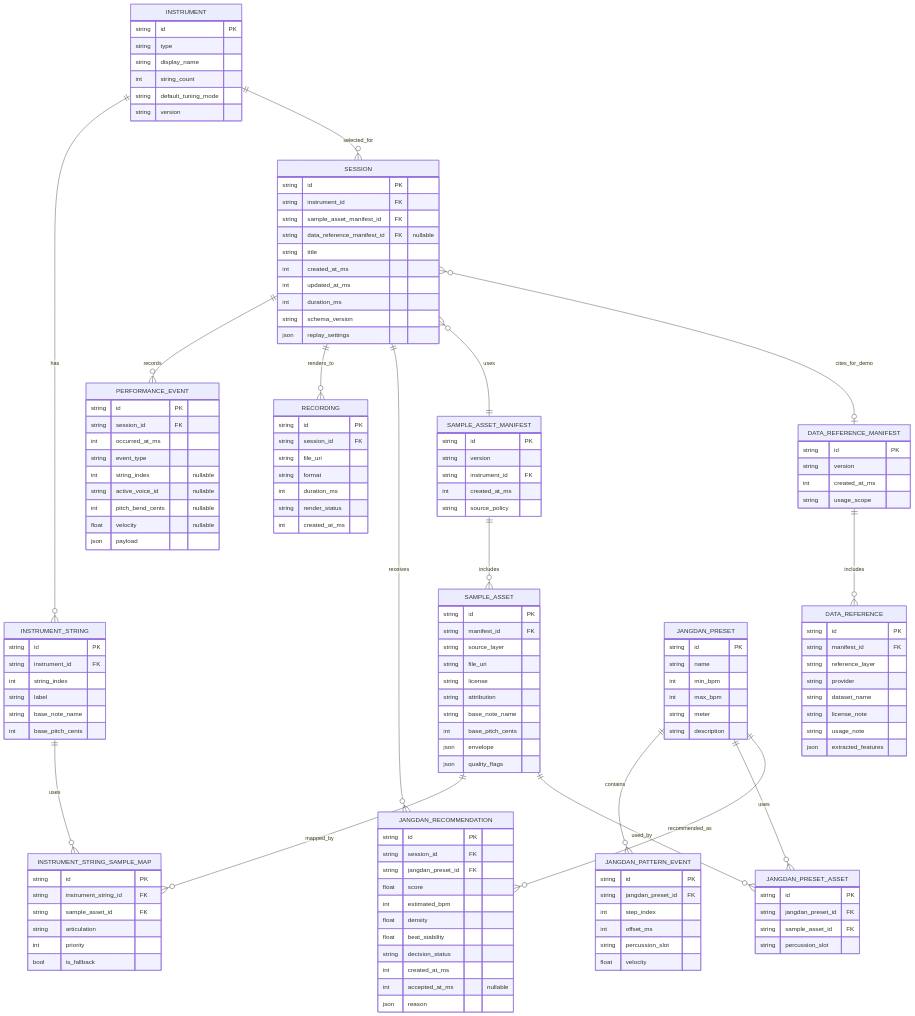
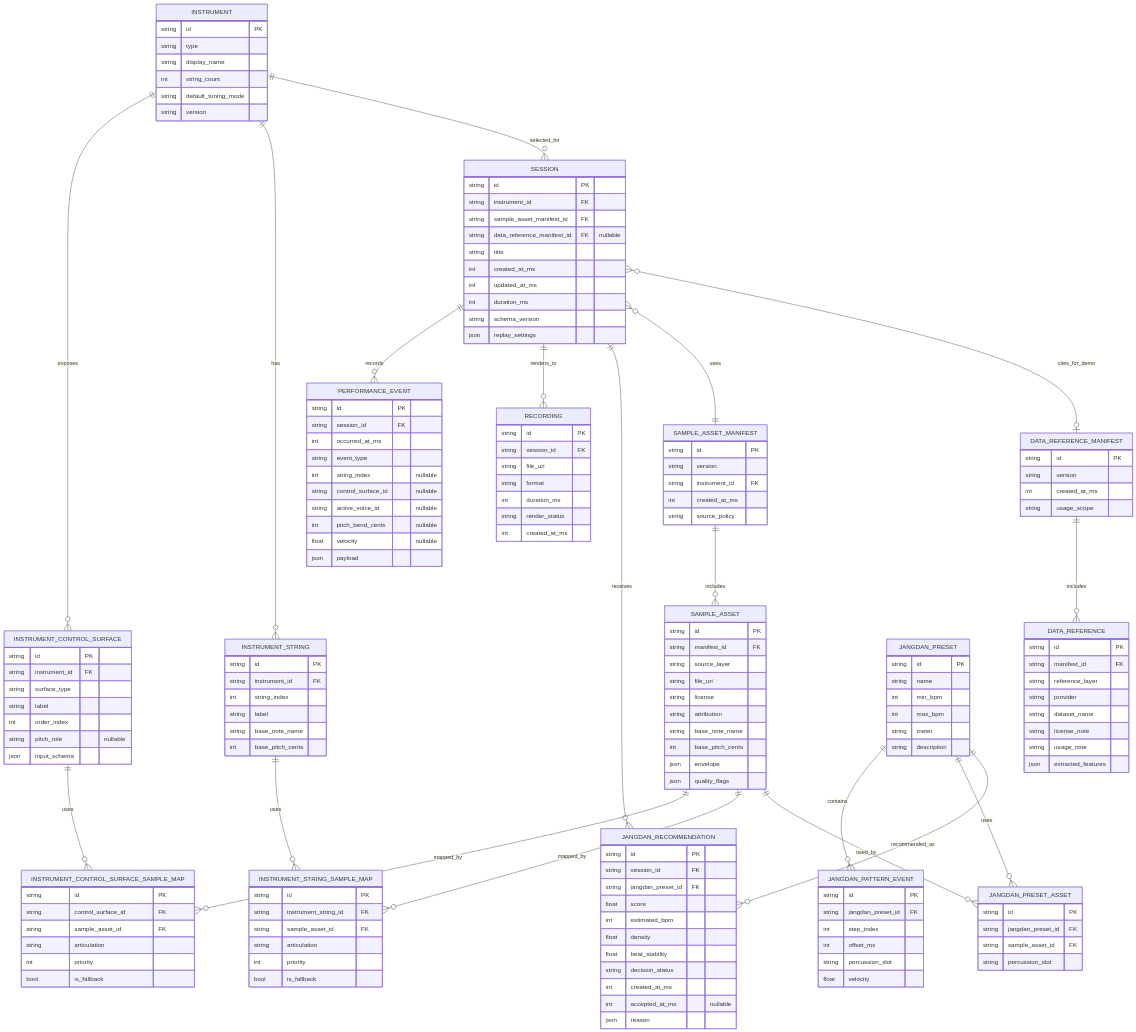
One commit to logan0741/GARAK-AI-Gugak-Studio changed the first of 2 diagrams in front/docs/architecture/gukak-studio-erd.md. Above: the diagram before and after it, drawn with Mermaid. The commit also changed other lines of this file and 18 other files, not shown here.

````diff
--- a/front/docs/architecture/gukak-studio-erd.md
+++ b/front/docs/architecture/gukak-studio-erd.md
@@ -21,5 +23,6 @@
 ```mermaid
 erDiagram
+    INSTRUMENT ||--o{ INSTRUMENT_CONTROL_SURFACE : exposes
     INSTRUMENT ||--o{ INSTRUMENT_STRING : has
     INSTRUMENT ||--o{ SESSION : selected_for
 
@@ -30,6 +33,8 @@
     SESSION }o--o| DATA_REFERENCE_MANIFEST : cites_for_demo
 
     SAMPLE_ASSET_MANIFEST ||--o{ SAMPLE_ASSET : includes
+    SAMPLE_ASSET ||--o{ INSTRUMENT_CONTROL_SURFACE_SAMPLE_MAP : mapped_by
+    INSTRUMENT_CONTROL_SURFACE ||--o{ INSTRUMENT_CONTROL_SURFACE_SAMPLE_MAP : uses
     SAMPLE_ASSET ||--o{ INSTRUMENT_STRING_SAMPLE_MAP : mapped_by
     INSTRUMENT_STRING ||--o{ INSTRUMENT_STRING_SAMPLE_MAP : uses
 
@@ -47,6 +52,16 @@
         int string_count
         string default_tuning_mode
         string version
+    }
+
+    INSTRUMENT_CONTROL_SURFACE {
+        string id PK
+        string instrument_id FK
+        string surface_type
+        string label
+        int order_index
+        string pitch_role "nullable"
+        json input_schema
     }
 
     INSTRUMENT_STRING {
@@ -77,6 +92,7 @@
         int occurred_at_ms
         string event_type
         int string_index "nullable"
+        string control_surface_id "nullable"
         string active_voice_id "nullable"
         int pitch_bend_cents "nullable"
         float velocity "nullable"
@@ -112,6 +128,15 @@
         int base_pitch_cents
         json envelope
         json quality_flags
+    }
+
+    INSTRUMENT_CONTROL_SURFACE_SAMPLE_MAP {
+        string id PK
+        string control_surface_id FK
+        string sample_asset_id FK
+        string articulation
+        int priority
+        bool is_fallback
     }
 
     INSTRUMENT_STRING_SAMPLE_MAP {
````
